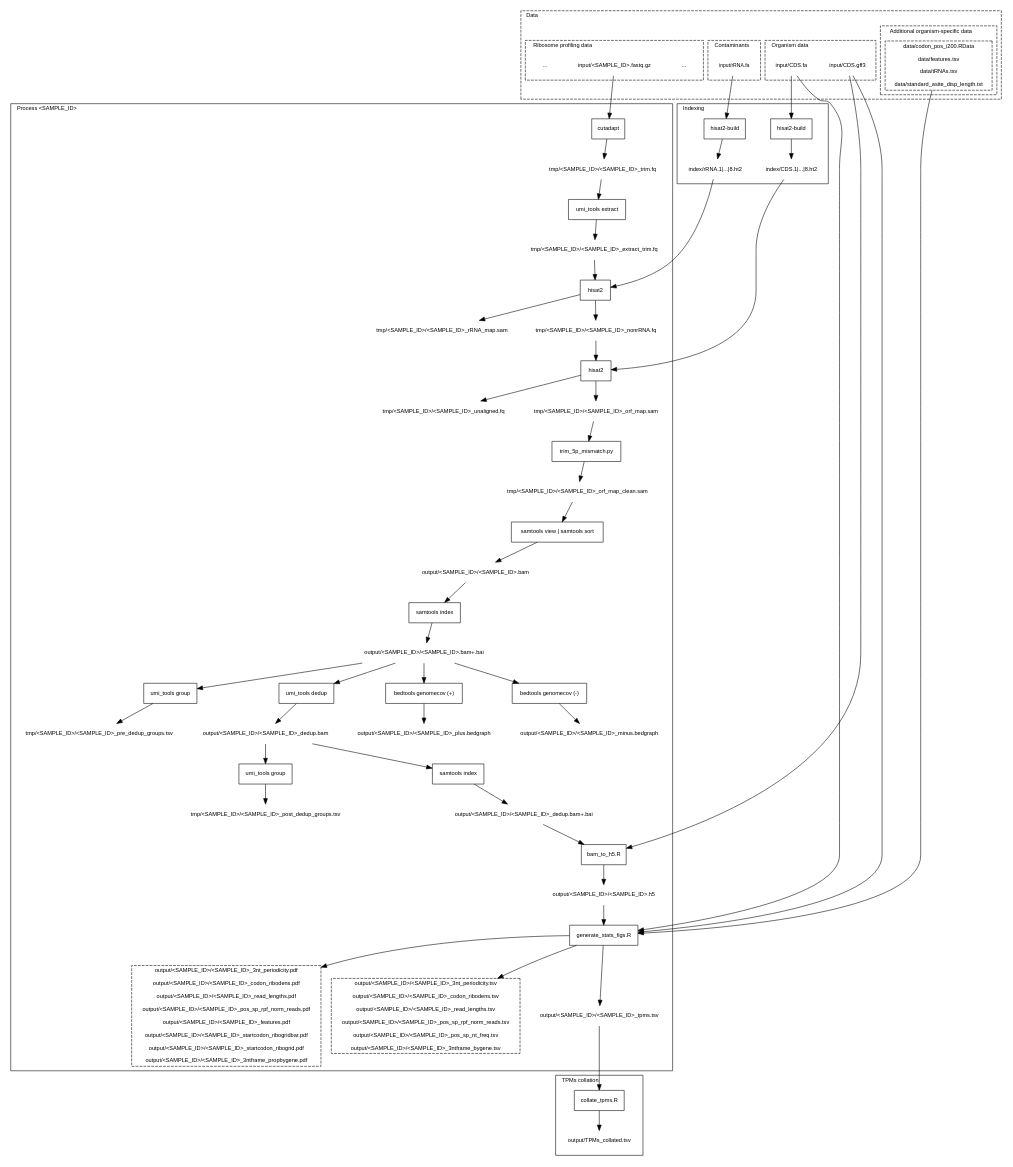
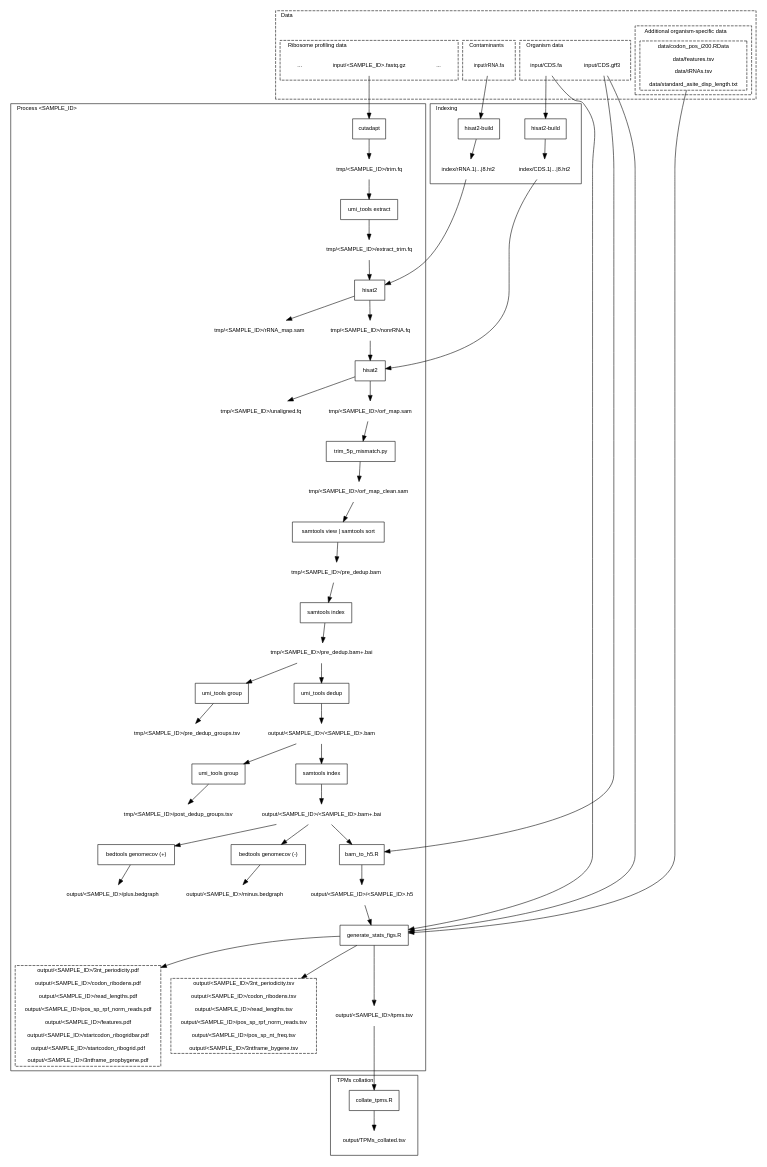
One commit to riboviz/riboviz changed the diagram in docs/images/workflow-dedup.dot. Above: the diagram before and after it, drawn with Graphviz. The commit also changed 13 other files, not shown here.

```diff
--- a/docs/images/workflow-dedup.dot
+++ b/docs/images/workflow-dedup.dot
@@ -1,171 +1,172 @@
 digraph G {
   graph [ fontname=Helvetica, fontsize=10, compound=true ]
   node [ fontname=Helvetica, fontsize=10 ]
   edge [ fontname=Helvetica, fontsize=10 ]
 
   subgraph cluster_data {
     label = "Data"
     labeljust = "l"
     style = dashed
 
     subgraph cluster_organism {
       label = "Organism data"
       labeljust = "l"
       style = dashed
 
       "input/CDS.fa"  [shape=plaintext]
       "input/CDS.gff3" [shape=plaintext]
     }
 
     subgraph cluster_contaminants {
       label = "Contaminants"
       labeljust = "l"
       style = dashed
 
       "input/rRNA.fa"  [shape=plaintext, fontsize=9]
     }
 
     subgraph cluster_additional_organism {
       label = "Additional organism-specific data"
       labeljust = "l"
       style = dashed
 
       data [label="data/codon_pos_i200.RData\n
 data/features.tsv\n
 data/tRNAs.tsv\n
 data/standard_asite_disp_length.txt"] [shape=box, style=dashed]
     }
 
     subgraph cluster_ribosome {
       label = "Ribosome profiling data"
       labeljust = "l"
       style = dashed
 
       ribosome_data0toI [label="..."] [shape=plaintext]
       "input/<SAMPLE_ID>.fastq.gz" [shape=plaintext]
       ribosome_dataItoN [label="..."] [shape=plaintext]
     }
   }
   
   subgraph cluster_indexing {
     label = "Indexing"
     labeljust = "l"
 
     h2build1 [label="hisat2-build"] [shape=box]
     h2build2 [label="hisat2-build"] [shape=box]
 
     "index/rRNA.1|...|8.ht2" [shape=plaintext]
     "index/CDS.1|...|8.ht2" [shape=plaintext]
 
     "input/rRNA.fa" -> h2build1 -> "index/rRNA.1|...|8.ht2"
     "input/CDS.fa" -> h2build2 -> "index/CDS.1|...|8.ht2"
   }
 
   subgraph cluster_per_sample_processing {
     label = "Process <SAMPLE_ID>"
     labeljust = "l"
 
     cut [label="cutadapt"] [shape=box]
     umi_extract [label="umi_tools extract"] [shape=box]
     h21 [label="hisat2"] [shape=box]
     h22 [label="hisat2"] [shape=box]
     samindex [label="samtools index"] [shape=box]
     samview [label="samtools view | samtools sort"] [shape=box]
     umi_pre_group [label="umi_tools group"] [shape=box]
     umi_dedup [label="umi_tools dedup"] [shape=box]
     umi_post_group [label="umi_tools group"] [shape=box]
     samindex_dedup [label="samtools index"] [shape=box]
     trim [label="trim_5p_mismatch.py"] [shape=box]
     bedplus [label="bedtools genomecov (+)"] [shape=box]
     bedminus [label="bedtools genomecov (-)"] [shape=box]
     bam2h5 [label="bam_to_h5.R"] [shape=box]
     statsfigs [label="generate_stats_figs.R"] [shape=box]
 
-    "tmp/<SAMPLE_ID>/<SAMPLE_ID>_trim.fq" [shape=plaintext]
-    "tmp/<SAMPLE_ID>/<SAMPLE_ID>_extract_trim.fq" [shape=plaintext]
-    "tmp/<SAMPLE_ID>/<SAMPLE_ID>_rRNA_map.sam" [shape=plaintext]
-    "tmp/<SAMPLE_ID>/<SAMPLE_ID>_nonrRNA.fq" [shape=plaintext]
-    "tmp/<SAMPLE_ID>/<SAMPLE_ID>_unaligned.fq" [shape=plaintext]
-    "tmp/<SAMPLE_ID>/<SAMPLE_ID>_orf_map.sam" [shape=plaintext]
-    "tmp/<SAMPLE_ID>/<SAMPLE_ID>_orf_map_clean.sam" [shape=plaintext]
-    "tmp/<SAMPLE_ID>/<SAMPLE_ID>_pre_dedup_groups.tsv" [shape=plaintext]
-    "tmp/<SAMPLE_ID>/<SAMPLE_ID>_post_dedup_groups.tsv" [shape=plaintext]
+    "tmp/<SAMPLE_ID>/trim.fq" [shape=plaintext]
+    "tmp/<SAMPLE_ID>/extract_trim.fq" [shape=plaintext]
+    "tmp/<SAMPLE_ID>/rRNA_map.sam" [shape=plaintext]
+    "tmp/<SAMPLE_ID>/nonrRNA.fq" [shape=plaintext]
+    "tmp/<SAMPLE_ID>/unaligned.fq" [shape=plaintext]
+    "tmp/<SAMPLE_ID>/orf_map.sam" [shape=plaintext]
+    "tmp/<SAMPLE_ID>/orf_map_clean.sam" [shape=plaintext]
+    "tmp/<SAMPLE_ID>/pre_dedup_groups.tsv" [shape=plaintext]
+    "tmp/<SAMPLE_ID>/post_dedup_groups.tsv" [shape=plaintext]
+    "tmp/<SAMPLE_ID>/pre_dedup.bam" [shape=plaintext]
+    "tmp/<SAMPLE_ID>/pre_dedup.bam+.bai" [shape=plaintext]
     "output/<SAMPLE_ID>/<SAMPLE_ID>.bam" [shape=plaintext]
     "output/<SAMPLE_ID>/<SAMPLE_ID>.bam+.bai" [shape=plaintext]
-    "output/<SAMPLE_ID>/<SAMPLE_ID>_plus.bedgraph" [shape=plaintext]
-    "output/<SAMPLE_ID>/<SAMPLE_ID>_minus.bedgraph" [shape=plaintext]
-    "output/<SAMPLE_ID>/<SAMPLE_ID>_dedup.bam" [shape=plaintext]
-    "output/<SAMPLE_ID>/<SAMPLE_ID>_dedup.bam+.bai" [shape=plaintext]
+    "output/<SAMPLE_ID>/plus.bedgraph" [shape=plaintext]
+    "output/<SAMPLE_ID>/minus.bedgraph" [shape=plaintext]
     "output/<SAMPLE_ID>/<SAMPLE_ID>.h5" [shape=plaintext]
 
-    pdfs [label="output/<SAMPLE_ID>/<SAMPLE_ID>_3nt_periodicity.pdf\n
-output/<SAMPLE_ID>/<SAMPLE_ID>_codon_ribodens.pdf\n
-output/<SAMPLE_ID>/<SAMPLE_ID>_read_lengths.pdf\n
-output/<SAMPLE_ID>/<SAMPLE_ID>_pos_sp_rpf_norm_reads.pdf\n
-output/<SAMPLE_ID>/<SAMPLE_ID>_features.pdf\n
-output/<SAMPLE_ID>/<SAMPLE_ID>_startcodon_ribogridbar.pdf\n
-output/<SAMPLE_ID>/<SAMPLE_ID>_startcodon_ribogrid.pdf\n
-output/<SAMPLE_ID>/<SAMPLE_ID>_3ntframe_propbygene.pdf
+    pdfs [label="output/<SAMPLE_ID>/3nt_periodicity.pdf\n
+output/<SAMPLE_ID>/codon_ribodens.pdf\n
+output/<SAMPLE_ID>/read_lengths.pdf\n
+output/<SAMPLE_ID>/pos_sp_rpf_norm_reads.pdf\n
+output/<SAMPLE_ID>/features.pdf\n
+output/<SAMPLE_ID>/startcodon_ribogridbar.pdf\n
+output/<SAMPLE_ID>/startcodon_ribogrid.pdf\n
+output/<SAMPLE_ID>/3ntframe_propbygene.pdf
 "] [shape=box, style=dashed]
 
-    tsvs [label="output/<SAMPLE_ID>/<SAMPLE_ID>_3nt_periodicity.tsv\n
-output/<SAMPLE_ID>/<SAMPLE_ID>_codon_ribodens.tsv\n
-output/<SAMPLE_ID>/<SAMPLE_ID>_read_lengths.tsv\n
-output/<SAMPLE_ID>/<SAMPLE_ID>_pos_sp_rpf_norm_reads.tsv\n
-output/<SAMPLE_ID>/<SAMPLE_ID>_pos_sp_nt_freq.tsv\n
-output/<SAMPLE_ID>/<SAMPLE_ID>_3ntframe_bygene.tsv
+    tsvs [label="output/<SAMPLE_ID>/3nt_periodicity.tsv\n
+output/<SAMPLE_ID>/codon_ribodens.tsv\n
+output/<SAMPLE_ID>/read_lengths.tsv\n
+output/<SAMPLE_ID>/pos_sp_rpf_norm_reads.tsv\n
+output/<SAMPLE_ID>/pos_sp_nt_freq.tsv\n
+output/<SAMPLE_ID>/3ntframe_bygene.tsv
 "] [shape=box, style=dashed]
 
-    "output/<SAMPLE_ID>/<SAMPLE_ID>_tpms.tsv" [shape=plaintext]
+    "output/<SAMPLE_ID>/tpms.tsv" [shape=plaintext]
 
-    "input/<SAMPLE_ID>.fastq.gz" -> cut -> "tmp/<SAMPLE_ID>/<SAMPLE_ID>_trim.fq"
-    "tmp/<SAMPLE_ID>/<SAMPLE_ID>_trim.fq" -> umi_extract -> "tmp/<SAMPLE_ID>/<SAMPLE_ID>_extract_trim.fq"
-    "tmp/<SAMPLE_ID>/<SAMPLE_ID>_extract_trim.fq" -> h21
+    "input/<SAMPLE_ID>.fastq.gz" -> cut -> "tmp/<SAMPLE_ID>/trim.fq"
+    "tmp/<SAMPLE_ID>/trim.fq" -> umi_extract -> "tmp/<SAMPLE_ID>/extract_trim.fq"
+    "tmp/<SAMPLE_ID>/extract_trim.fq" -> h21
     "index/rRNA.1|...|8.ht2" -> h21
-    h21 -> "tmp/<SAMPLE_ID>/<SAMPLE_ID>_rRNA_map.sam"
-    h21 -> "tmp/<SAMPLE_ID>/<SAMPLE_ID>_nonrRNA.fq"
+    h21 -> "tmp/<SAMPLE_ID>/rRNA_map.sam"
+    h21 -> "tmp/<SAMPLE_ID>/nonrRNA.fq"
 
     "index/CDS.1|...|8.ht2" -> h22
-    "tmp/<SAMPLE_ID>/<SAMPLE_ID>_nonrRNA.fq" -> h22
-    h22 -> "tmp/<SAMPLE_ID>/<SAMPLE_ID>_unaligned.fq"
-    h22 -> "tmp/<SAMPLE_ID>/<SAMPLE_ID>_orf_map.sam"
+    "tmp/<SAMPLE_ID>/nonrRNA.fq" -> h22
+    h22 -> "tmp/<SAMPLE_ID>/unaligned.fq"
+    h22 -> "tmp/<SAMPLE_ID>/orf_map.sam"
 
-    "tmp/<SAMPLE_ID>/<SAMPLE_ID>_orf_map.sam" -> trim -> "tmp/<SAMPLE_ID>/<SAMPLE_ID>_orf_map_clean.sam"
-    "tmp/<SAMPLE_ID>/<SAMPLE_ID>_orf_map_clean.sam" -> samview -> "output/<SAMPLE_ID>/<SAMPLE_ID>.bam"
-    "output/<SAMPLE_ID>/<SAMPLE_ID>.bam" -> samindex
-    samindex -> "output/<SAMPLE_ID>/<SAMPLE_ID>.bam+.bai"
+    "tmp/<SAMPLE_ID>/orf_map.sam" -> trim -> "tmp/<SAMPLE_ID>/orf_map_clean.sam"
+    "tmp/<SAMPLE_ID>/orf_map_clean.sam" -> samview -> "tmp/<SAMPLE_ID>/pre_dedup.bam"
+    "tmp/<SAMPLE_ID>/pre_dedup.bam" -> samindex
+    samindex -> "tmp/<SAMPLE_ID>/pre_dedup.bam+.bai"
 
-    "output/<SAMPLE_ID>/<SAMPLE_ID>.bam+.bai" -> bedplus -> "output/<SAMPLE_ID>/<SAMPLE_ID>_plus.bedgraph"
-    "output/<SAMPLE_ID>/<SAMPLE_ID>.bam+.bai" -> bedminus -> "output/<SAMPLE_ID>/<SAMPLE_ID>_minus.bedgraph"
+    "tmp/<SAMPLE_ID>/pre_dedup.bam+.bai" -> umi_pre_group -> "tmp/<SAMPLE_ID>/pre_dedup_groups.tsv"
+    "tmp/<SAMPLE_ID>/pre_dedup.bam+.bai" -> umi_dedup -> "output/<SAMPLE_ID>/<SAMPLE_ID>.bam"
+    "output/<SAMPLE_ID>/<SAMPLE_ID>.bam" -> umi_post_group -> "tmp/<SAMPLE_ID>/post_dedup_groups.tsv"
 
-    "output/<SAMPLE_ID>/<SAMPLE_ID>.bam+.bai" -> umi_pre_group -> "tmp/<SAMPLE_ID>/<SAMPLE_ID>_pre_dedup_groups.tsv"
-    "output/<SAMPLE_ID>/<SAMPLE_ID>.bam+.bai" -> umi_dedup -> "output/<SAMPLE_ID>/<SAMPLE_ID>_dedup.bam"
-    "output/<SAMPLE_ID>/<SAMPLE_ID>_dedup.bam" -> umi_post_group -> "tmp/<SAMPLE_ID>/<SAMPLE_ID>_post_dedup_groups.tsv"
+    "output/<SAMPLE_ID>/<SAMPLE_ID>.bam" -> samindex_dedup -> "output/<SAMPLE_ID>/<SAMPLE_ID>.bam+.bai"
 
-    "output/<SAMPLE_ID>/<SAMPLE_ID>_dedup.bam" -> samindex_dedup -> "output/<SAMPLE_ID>/<SAMPLE_ID>_dedup.bam+.bai"  
-    "output/<SAMPLE_ID>/<SAMPLE_ID>_dedup.bam+.bai" -> bam2h5
+    "output/<SAMPLE_ID>/<SAMPLE_ID>.bam+.bai" -> bedplus -> "output/<SAMPLE_ID>/plus.bedgraph"
+    "output/<SAMPLE_ID>/<SAMPLE_ID>.bam+.bai" -> bedminus -> "output/<SAMPLE_ID>/minus.bedgraph"
+
+    "output/<SAMPLE_ID>/<SAMPLE_ID>.bam+.bai" -> bam2h5
     "input/CDS.gff3" -> bam2h5
     bam2h5 -> "output/<SAMPLE_ID>/<SAMPLE_ID>.h5"
 
     "output/<SAMPLE_ID>/<SAMPLE_ID>.h5" -> statsfigs
     "input/CDS.fa" -> statsfigs
     "input/CDS.gff3" -> statsfigs
     data -> statsfigs
 
     statsfigs -> pdfs
     statsfigs -> tsvs
-    statsfigs -> "output/<SAMPLE_ID>/<SAMPLE_ID>_tpms.tsv"
+    statsfigs -> "output/<SAMPLE_ID>/tpms.tsv"
   }
 
   subgraph cluster_tpms_collation {
     label = "TPMs collation"
     labeljust = "l"
 
     collate [label="collate_tpms.R"] [shape=box]
 
     "output/TPMs_collated.tsv" [shape=plaintext]
 
-    "output/<SAMPLE_ID>/<SAMPLE_ID>_tpms.tsv" -> collate
+    "output/<SAMPLE_ID>/tpms.tsv" -> collate
     collate -> "output/TPMs_collated.tsv"
   }
 }
```
